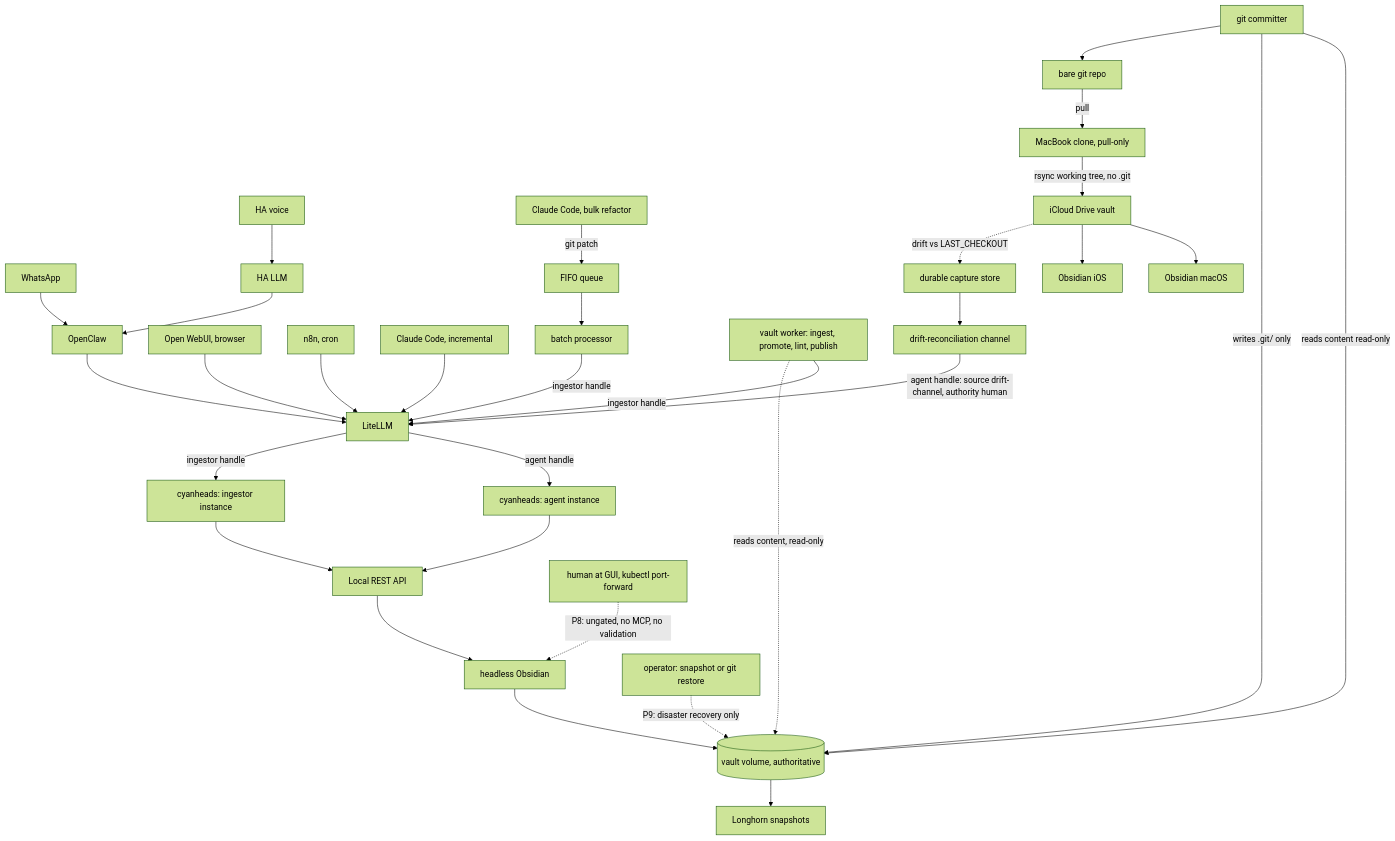
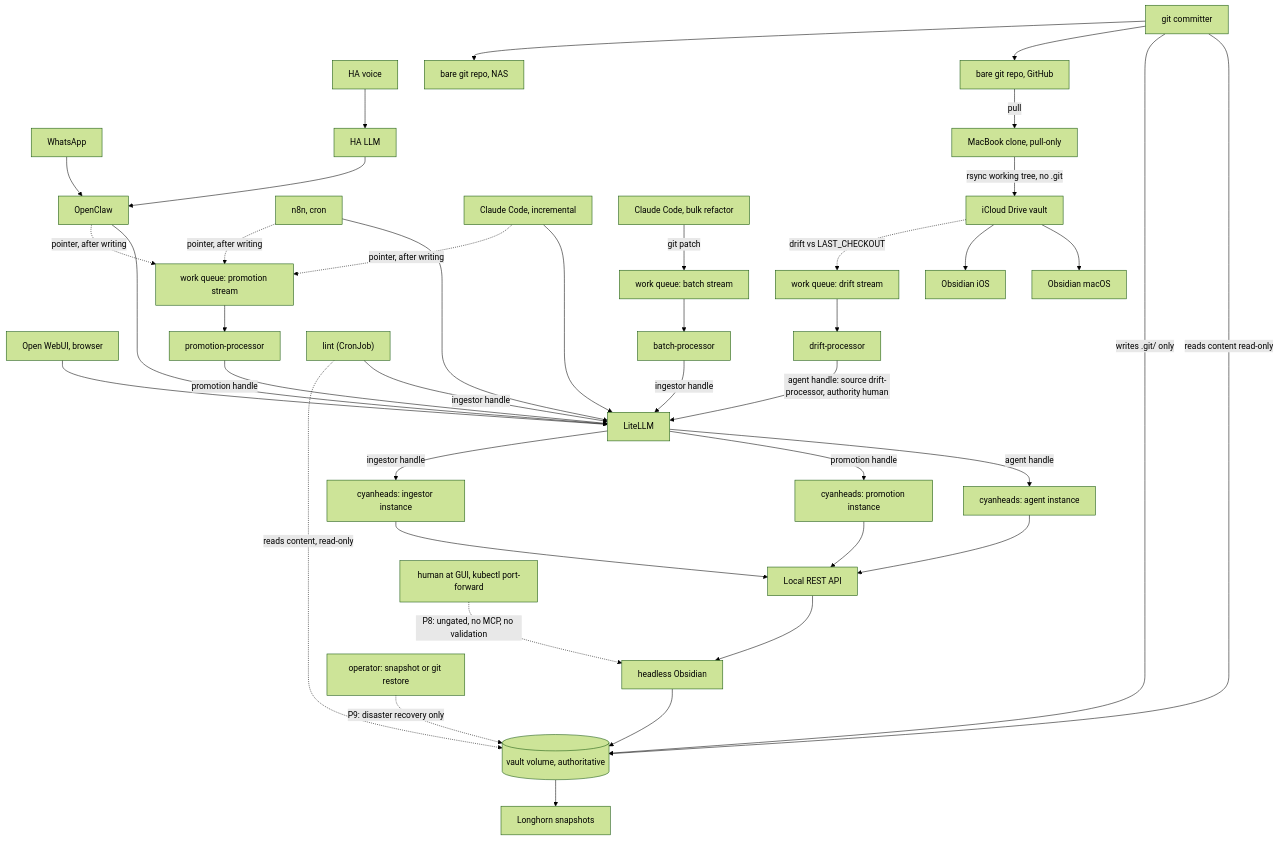
One commit to ppat/obsidian-tools changed the diagram in docs/DESIGN.md. Above: the diagram before and after it, drawn with Mermaid (forest theme). The commit also changed other lines of this file, not shown here.

````diff
--- a/docs/DESIGN.md
+++ b/docs/DESIGN.md
@@ -164,40 +169,50 @@
 ```mermaid
 flowchart TB
     WA["WhatsApp"] --> OpenClaw
     Voice["HA voice"] --> HA["HA LLM"] --> OpenClaw
     Browser["Open WebUI, browser"] --> LiteLLM
     OpenClaw --> LiteLLM
     N8N["n8n, cron"] --> LiteLLM
     CCinc["Claude Code, incremental"] --> LiteLLM
 
-    CCbulk["Claude Code, bulk refactor"] -->|"git patch"| Queue["FIFO queue"]
-    Queue --> Batch["batch processor"]
+    CCbulk["Claude Code, bulk refactor"] -->|"git patch"| BatchStream["work queue: batch stream"]
+    BatchStream --> Batch["batch-processor"]
     Batch -->|"ingestor handle"| LiteLLM
-    VaultWorker["vault worker: ingest, promote, lint, publish"] -->|"ingestor handle"| LiteLLM
-    VaultWorker -.->|"reads content, read-only"| Volume
+
+    OpenClaw -.->|"pointer, after writing"| PromoStream["work queue: promotion stream"]
+    N8N -.->|"pointer, after writing"| PromoStream
+    CCinc -.->|"pointer, after writing"| PromoStream
+    PromoStream --> PromoProc["promotion-processor"]
+    PromoProc -->|"promotion handle"| LiteLLM
+
+    Lint["lint (CronJob)"] -->|"ingestor handle"| LiteLLM
+    Lint -.->|"reads content, read-only"| Volume
 
     LiteLLM -->|"agent handle"| CyAgent["cyanheads: agent instance"]
+    LiteLLM -->|"promotion handle"| CyPromo["cyanheads: promotion instance"]
     LiteLLM -->|"ingestor handle"| CyIngest["cyanheads: ingestor instance"]
 
     CyAgent --> REST["Local REST API"]
+    CyPromo --> REST
     CyIngest --> REST
     REST --> Obsidian["headless Obsidian"]
 
     GUIHuman["human at GUI, kubectl port-forward"] -.->|"P8: ungated, no MCP, no validation"| Obsidian
 
     Obsidian --> Volume[("vault volume, authoritative")]
     Volume --> Snapshots["Longhorn snapshots"]
     Restore["operator: snapshot or git restore"] -.->|"P9: disaster recovery only"| Volume
 
     GitCommitter["git committer"] -->|"reads content read-only"| Volume
     GitCommitter -->|"writes .git/ only"| Volume
-    GitCommitter --> BareRepo["bare git repo"]
+    GitCommitter --> BareRepo["bare git repo, GitHub"]
+    GitCommitter --> NASRepo["bare git repo, NAS"]
     BareRepo -->|"pull"| MacClone["MacBook clone, pull-only"]
     MacClone -->|"rsync working tree, no .git"| ICloud["iCloud Drive vault"]
     ICloud --> ObsMac["Obsidian macOS"]
     ICloud --> ObsiOS["Obsidian iOS"]
 
-    ICloud -.->|"drift vs LAST_CHECKOUT"| Capture["durable capture store"]
-    Capture --> DriftChannel["drift-reconciliation channel"]
-    DriftChannel -->|"agent handle: source drift-channel, authority human"| LiteLLM
+    ICloud -.->|"drift vs LAST_CHECKOUT"| DriftStream["work queue: drift stream"]
+    DriftStream --> DriftProc["drift-processor"]
+    DriftProc -->|"agent handle: source drift-processor, authority human"| LiteLLM
 ```
````
